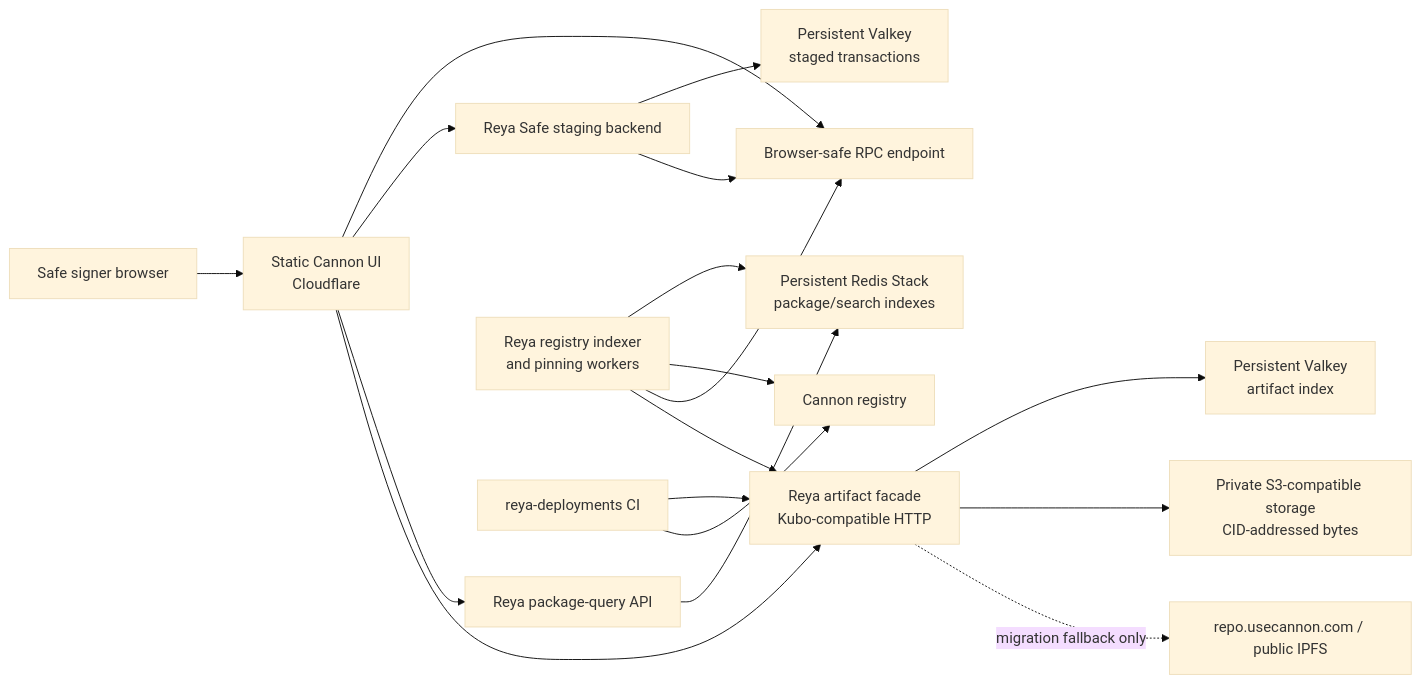
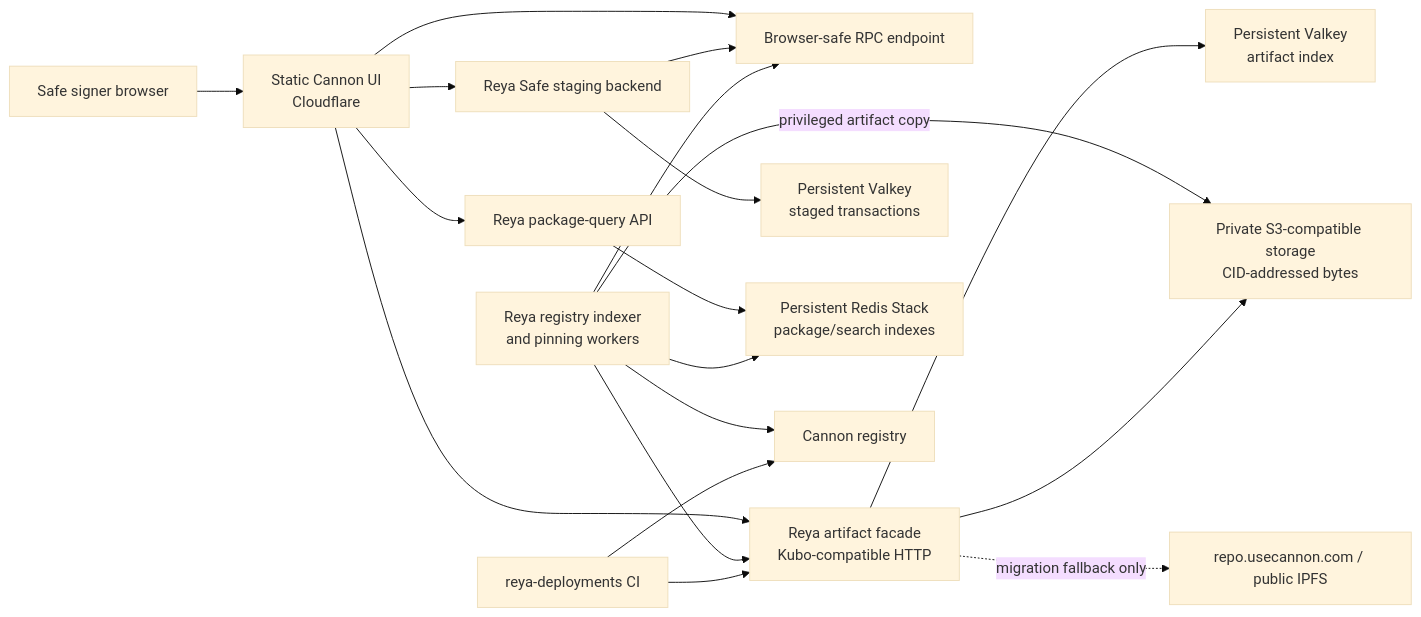
Before and after one commit to Reya-Labs/cannon: the diagram in docs/reya-self-host-compatibility.md, drawn with Mermaid (base theme). The commit also changed other lines of this file, not shown here.

````diff
--- a/docs/reya-self-host-compatibility.md
+++ b/docs/reya-self-host-compatibility.md
@@ -39,20 +39,21 @@
 ```mermaid
 flowchart LR
   signer["Safe signer browser"] --> ui["Static Cannon UI<br/>Cloudflare"]
   ui --> rpc["Browser-safe RPC endpoint"]
   ui --> stage["Reya Safe staging backend"]
   ui --> packageApi["Reya package-query API"]
   ui --> repo["Reya artifact facade<br/>Kubo-compatible HTTP"]
   stage --> stageRedis["Persistent Valkey<br/>staged transactions"]
   stage --> rpc
   packageApi --> packageRedis["Persistent Redis Stack<br/>package/search indexes"]
   indexer["Reya registry indexer<br/>and pinning workers"] --> packageRedis
   indexer --> registry["Cannon registry"]
   indexer --> rpc
   indexer --> repo
+  indexer -->|"privileged artifact copy"| s3
   repo --> artifactRedis["Persistent Valkey<br/>artifact index"]
   repo --> s3["Private S3-compatible storage<br/>CID-addressed bytes"]
   repo -. "migration fallback only" .-> cannon["repo.usecannon.com / public IPFS"]
   ci["reya-deployments CI"] --> repo
   ci --> registry
 ```
````
